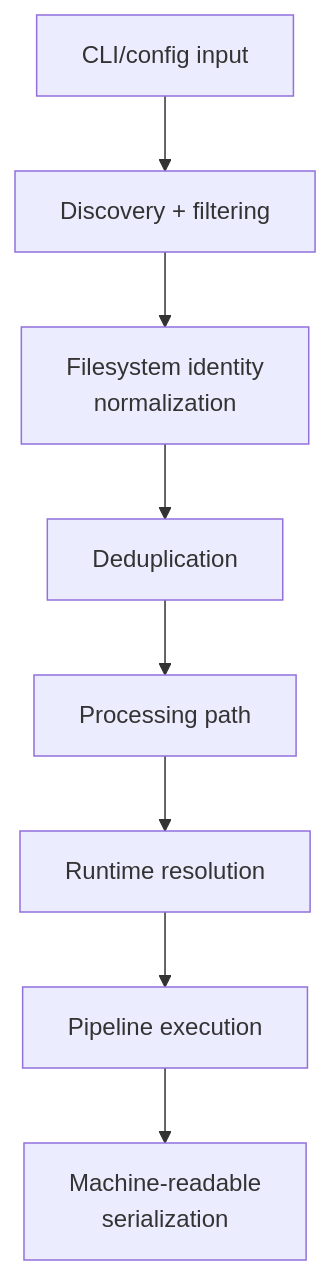
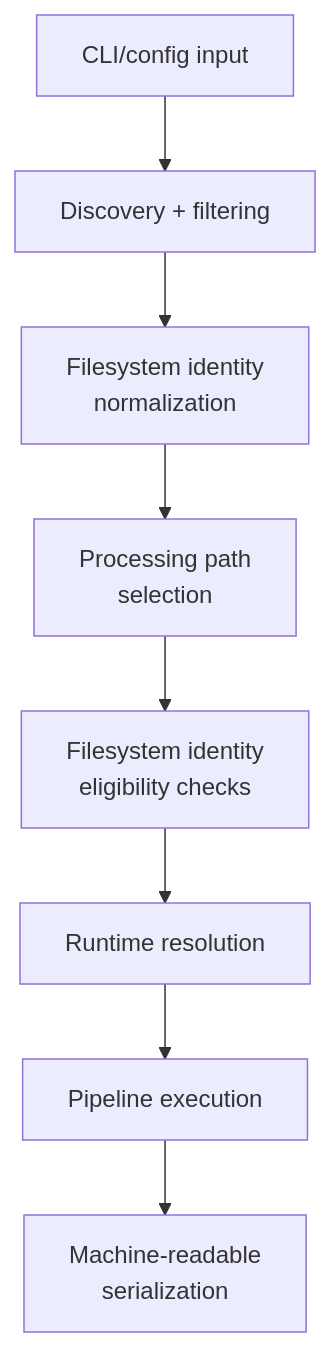
One commit to shutterfreak/topmark changed the diagram in docs/dev/resolution.md. Above: the diagram before and after it, drawn with Mermaid. The commit also changed other lines of this file and 48 other files, not shown here.

````diff
--- a/docs/dev/resolution.md
+++ b/docs/dev/resolution.md
@@ -144,19 +155,19 @@
 ```mermaid
 flowchart TD
     input["CLI/config input"]
     discovery["Discovery + filtering"]
     identity["Filesystem identity<br/>normalization"]
-    dedupe["Deduplication"]
-    processing["Processing path"]
+    processing["Processing path<br/>selection"]
+    eligibility["Filesystem identity<br/>eligibility checks"]
     runtime["Runtime resolution"]
     pipeline["Pipeline execution"]
     serialization["Machine-readable<br/>serialization"]
 
     input --> discovery
     discovery --> identity
-    identity --> dedupe
-    dedupe --> processing
-    processing --> runtime
+    identity --> processing
+    processing --> eligibility
+    eligibility --> runtime
     runtime --> pipeline
     pipeline --> serialization
 ```
````
